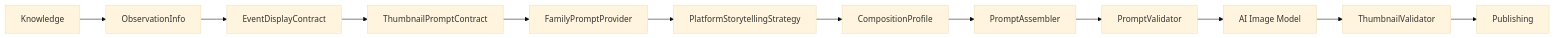
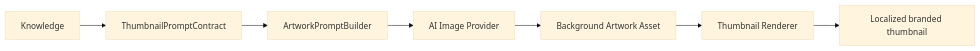
Before and after one commit to Sanjay-pujari/AstronomyVideoGeneration: the first of 4 diagrams in docs/product/ThumbnailArchitecture.md, drawn with Mermaid (base theme). The commit also changed other lines of this file and 2 other files, not shown here.

Commit message:
docs: update thumbnail artwork architecture

````diff
--- a/docs/product/ThumbnailArchitecture.md
+++ b/docs/product/ThumbnailArchitecture.md
@@ -34,14 +35,9 @@
 ```mermaid
 flowchart LR
-    K[Knowledge] --> O[ObservationInfo]
-    O --> E[EventDisplayContract]
-    E --> P[ThumbnailPromptContract]
-    P --> F[FamilyPromptProvider]
-    F --> S[PlatformStorytellingStrategy]
-    S --> C[CompositionProfile]
-    C --> A[PromptAssembler]
-    A --> PV[PromptValidator]
-    PV --> AI[AI Image Model]
-    AI --> V[ThumbnailValidator]
-    V --> Pub[Publishing]
+    K[Knowledge] --> T[ThumbnailPromptContract]
+    T --> B[ArtworkPromptBuilder]
+    B --> AI[AI Image Provider]
+    AI --> A[Background Artwork Asset]
+    A --> R[Thumbnail Renderer]
+    R --> P[Localized branded thumbnail]
 ```
````
